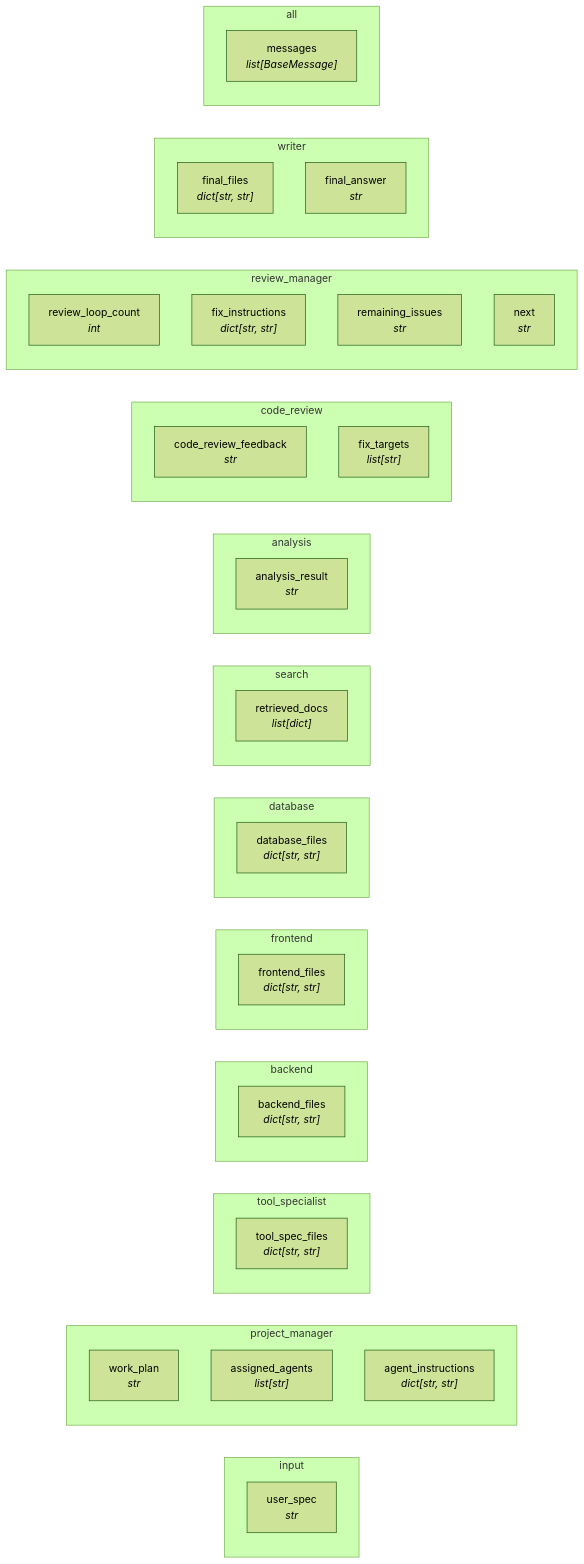
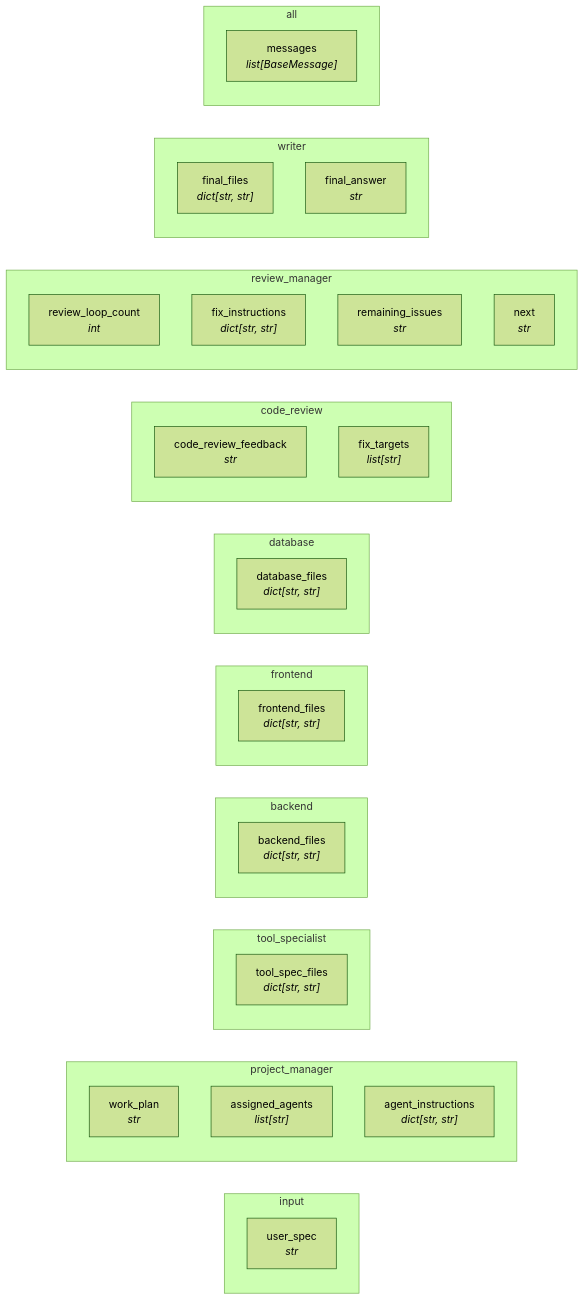
The fourth of 4 diagrams in docs/architecture.md (BBQ-Meat999/test-BBQ), drawn with Mermaid (forest theme) before and after one commit. The commit also changed other lines of this file and 12 other files, not shown here.

````diff
--- a/docs/architecture.md
+++ b/docs/architecture.md
@@ -156,46 +142,40 @@
 ```mermaid
 flowchart LR
     subgraph input["input"]
         user_spec["user_spec<br/><i>str</i>"]
     end
     subgraph project_manager["project_manager"]
         work_plan["work_plan<br/><i>str</i>"]
         assigned_agents["assigned_agents<br/><i>list[str]</i>"]
         agent_instructions["agent_instructions<br/><i>dict[str, str]</i>"]
     end
     subgraph tool_specialist["tool_specialist"]
         tool_spec_files["tool_spec_files<br/><i>dict[str, str]</i>"]
     end
     subgraph backend["backend"]
         backend_files["backend_files<br/><i>dict[str, str]</i>"]
     end
     subgraph frontend["frontend"]
         frontend_files["frontend_files<br/><i>dict[str, str]</i>"]
     end
     subgraph database["database"]
         database_files["database_files<br/><i>dict[str, str]</i>"]
     end
-    subgraph search["search"]
-        retrieved_docs["retrieved_docs<br/><i>list[dict]</i>"]
-    end
-    subgraph analysis["analysis"]
-        analysis_result["analysis_result<br/><i>str</i>"]
-    end
     subgraph code_review["code_review"]
         code_review_feedback["code_review_feedback<br/><i>str</i>"]
         fix_targets["fix_targets<br/><i>list[str]</i>"]
     end
     subgraph review_manager["review_manager"]
         review_loop_count["review_loop_count<br/><i>int</i>"]
         fix_instructions["fix_instructions<br/><i>dict[str, str]</i>"]
         remaining_issues["remaining_issues<br/><i>str</i>"]
         next["next<br/><i>str</i>"]
     end
     subgraph writer["writer"]
         final_files["final_files<br/><i>dict[str, str]</i>"]
         final_answer["final_answer<br/><i>str</i>"]
     end
     subgraph all["all"]
         messages["messages<br/><i>list[BaseMessage]</i>"]
     end
 ```
````
